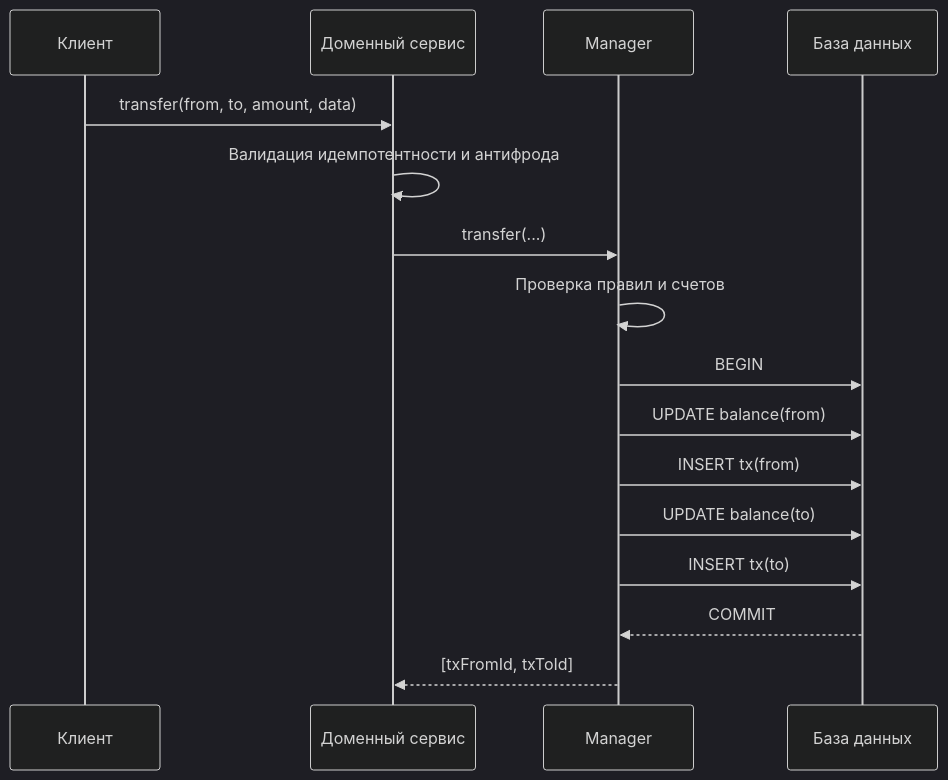
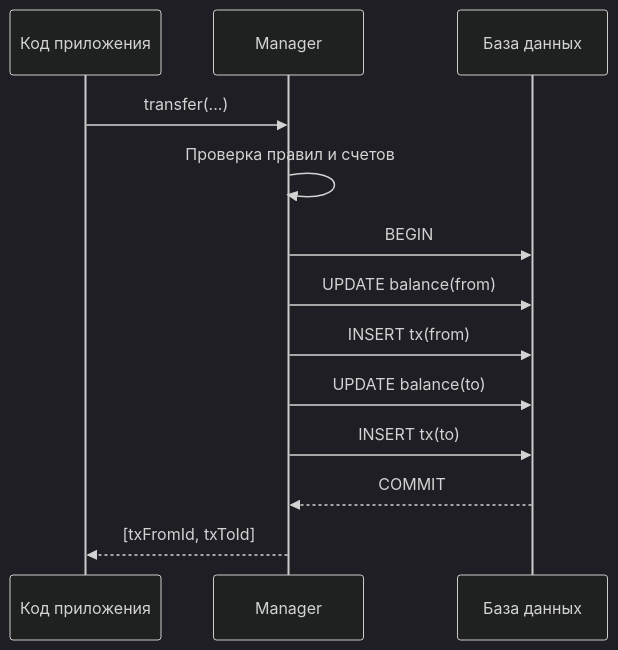
One commit to nazbav/yii2-account-balance changed the third of 4 diagrams in docs/architecture-and-data-flow.md. Above: the diagram before and after it, drawn with Mermaid (dark theme). The commit also changed other lines of this file and 14 other files, not shown here.

````diff
--- a/docs/architecture-and-data-flow.md
+++ b/docs/architecture-and-data-flow.md
@@ -58,19 +57,16 @@
 ```mermaid
 sequenceDiagram
-    participant Client as Клиент
-    participant Domain as Доменный сервис
+    participant Client as Код приложения
     participant Manager as Manager
     participant DB as База данных
 
-    Client->>Domain: transfer(from, to, amount, data)
-    Domain->>Domain: Валидация идемпотентности и антифрода
-    Domain->>Manager: transfer(...)
+    Client->>Manager: transfer(...)
     Manager->>Manager: Проверка правил и счетов
     Manager->>DB: BEGIN
     Manager->>DB: UPDATE balance(from)
     Manager->>DB: INSERT tx(from)
     Manager->>DB: UPDATE balance(to)
     Manager->>DB: INSERT tx(to)
     DB-->>Manager: COMMIT
-    Manager-->>Domain: [txFromId, txToId]
+    Manager-->>Client: [txFromId, txToId]
 ```
````
